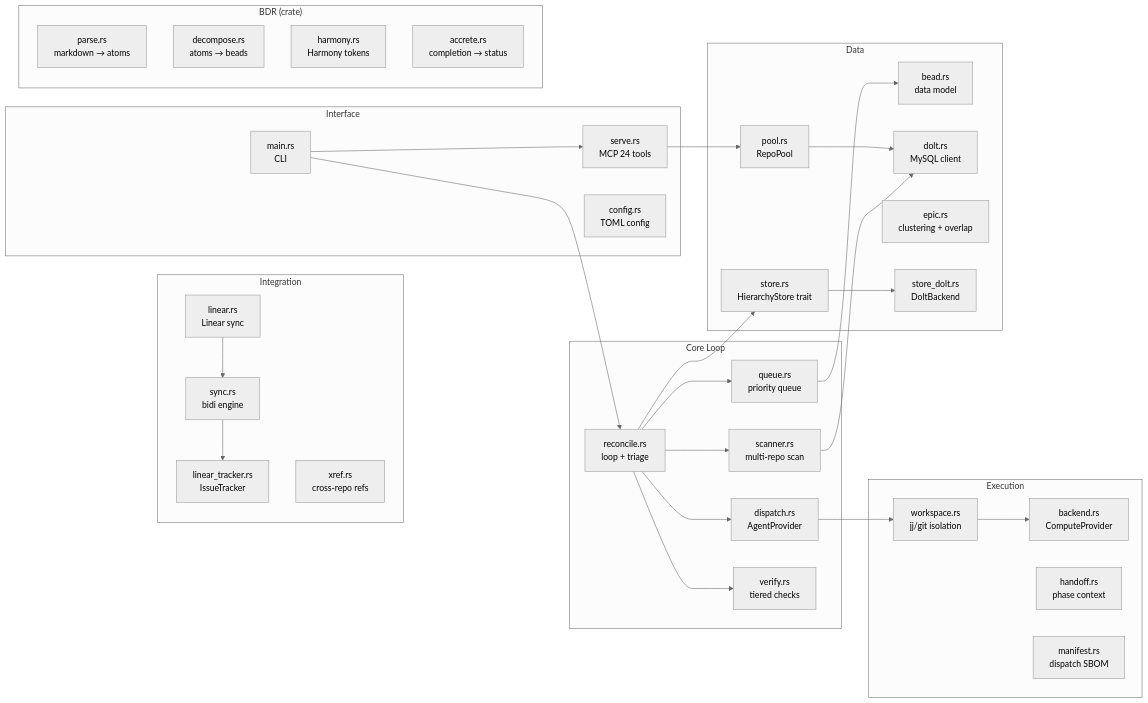
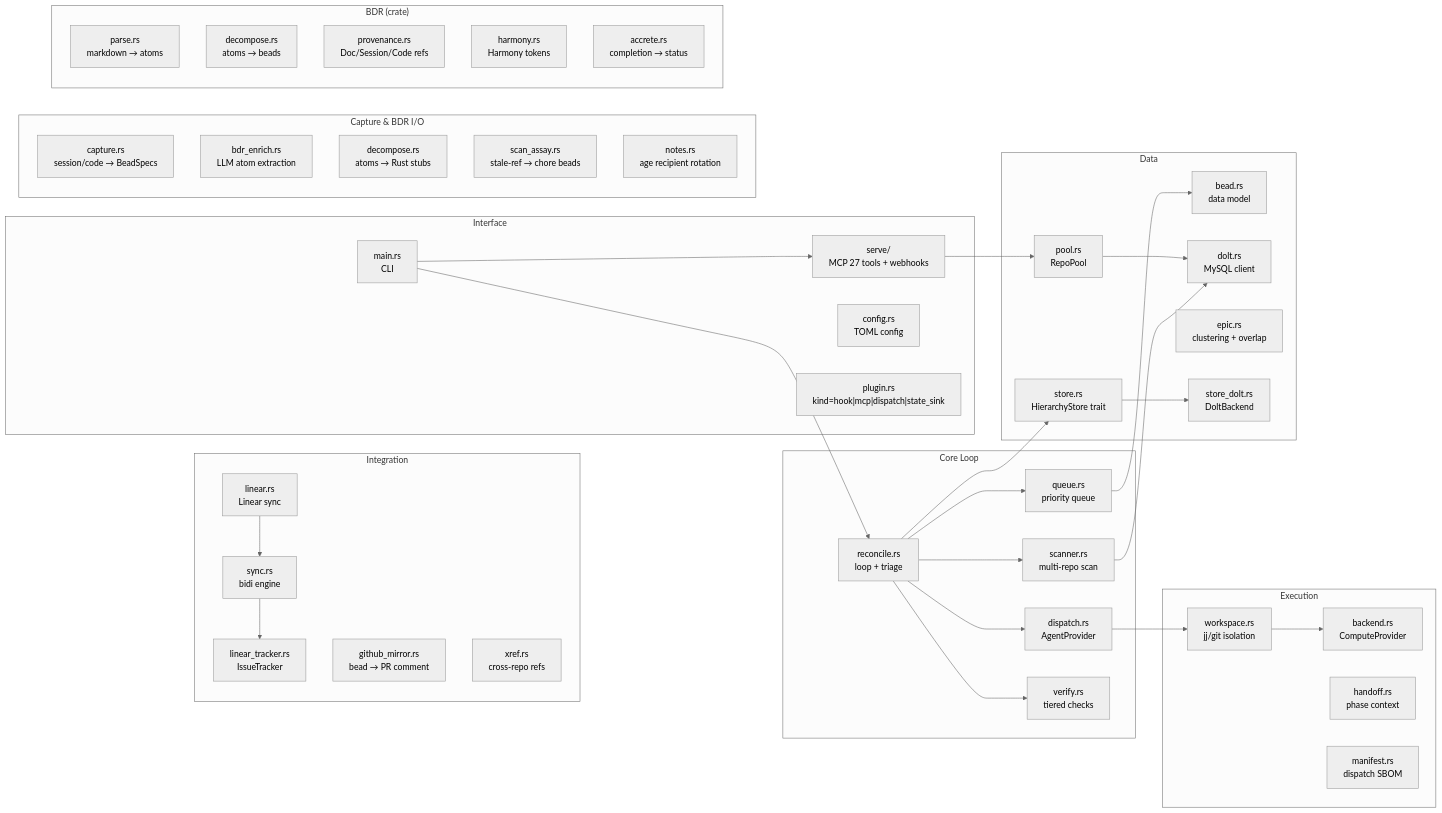
Before and after one commit to agentic-research/rosary: the seventh of 9 diagrams in docs/ARCHITECTURE.md, drawn with Mermaid (neutral theme). The commit also changed other lines of this file and 4 other files, not shown here.

First line of the commit message:
[rosary-5ad4b0] docs: post-bundle accuracy pass (CLAUDE/README/ARCHITECTURE/CONFIG/glossary) (#166)

````diff
--- a/docs/ARCHITECTURE.md
+++ b/docs/ARCHITECTURE.md
@@ -182,55 +182,66 @@
 ```mermaid
 graph LR
     subgraph "Core Loop"
         reconcile["reconcile.rs<br/>loop + triage"]
         scanner["scanner.rs<br/>multi-repo scan"]
         queue["queue.rs<br/>priority queue"]
         dispatch["dispatch.rs<br/>AgentProvider"]
         verify["verify.rs<br/>tiered checks"]
     end
 
     subgraph "Execution"
         workspace["workspace.rs<br/>jj/git isolation"]
         backend["backend.rs<br/>ComputeProvider"]
         handoff["handoff.rs<br/>phase context"]
         manifest["manifest.rs<br/>dispatch SBOM"]
     end
 
     subgraph "Data"
         bead["bead.rs<br/>data model"]
         dolt["dolt.rs<br/>MySQL client"]
         pool["pool.rs<br/>RepoPool"]
         epic["epic.rs<br/>clustering + overlap"]
         store["store.rs<br/>HierarchyStore trait"]
         store_dolt["store_dolt.rs<br/>DoltBackend"]
     end
 
     subgraph "Integration"
         linear["linear.rs<br/>Linear sync"]
         linear_tracker["linear_tracker.rs<br/>IssueTracker"]
+        github_mirror["github_mirror.rs<br/>bead → PR comment"]
         sync["sync.rs<br/>bidi engine"]
         xref["xref.rs<br/>cross-repo refs"]
     end
 
     subgraph "Interface"
         main["main.rs<br/>CLI"]
-        serve["serve.rs<br/>MCP 24 tools"]
+        serve["serve/<br/>MCP 27 tools + webhooks"]
         config["config.rs<br/>TOML config"]
+        plugin["plugin.rs<br/>kind=hook|mcp|dispatch|state_sink"]
+    end
+
+    subgraph "Capture & BDR I/O"
+        capture["capture.rs<br/>session/code → BeadSpecs"]
+        bdr_enrich["bdr_enrich.rs<br/>LLM atom extraction"]
+        decompose["decompose.rs<br/>atoms → Rust stubs"]
+        scan_assay["scan_assay.rs<br/>stale-ref → chore beads"]
+        notes["notes.rs<br/>age recipient rotation"]
     end
 
     subgraph "BDR (crate)"
         bdr_parse["parse.rs<br/>markdown → atoms"]
         bdr_decompose["decompose.rs<br/>atoms → beads"]
+        bdr_provenance["provenance.rs<br/>Doc/Session/Code refs"]
         bdr_harmony["harmony.rs<br/>Harmony tokens"]
         bdr_accrete["accrete.rs<br/>completion → status"]
     end
 
     reconcile --> scanner --> dolt
     reconcile --> queue --> bead
     reconcile --> dispatch --> workspace --> backend
     reconcile --> verify
     reconcile --> store --> store_dolt
     serve --> pool --> dolt
     linear --> sync --> linear_tracker
     main --> reconcile & serve
 ```
````
